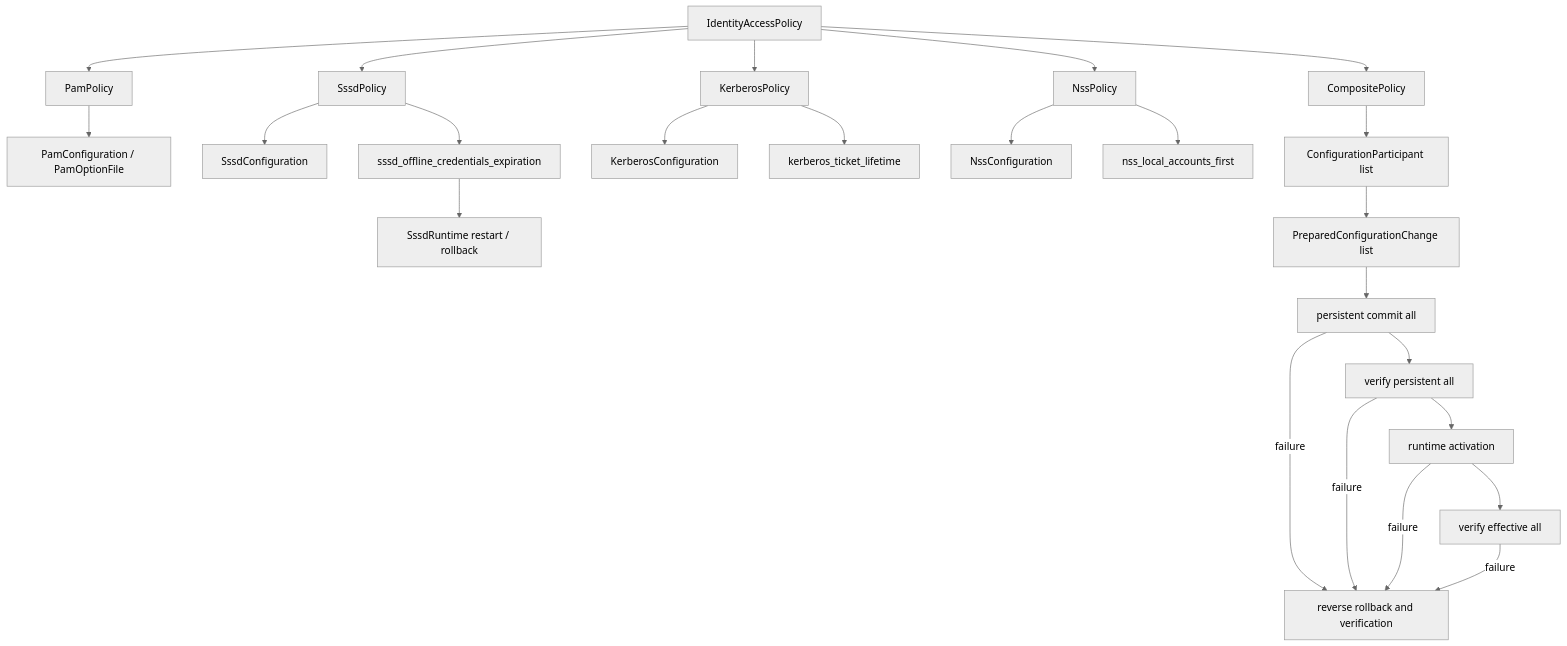
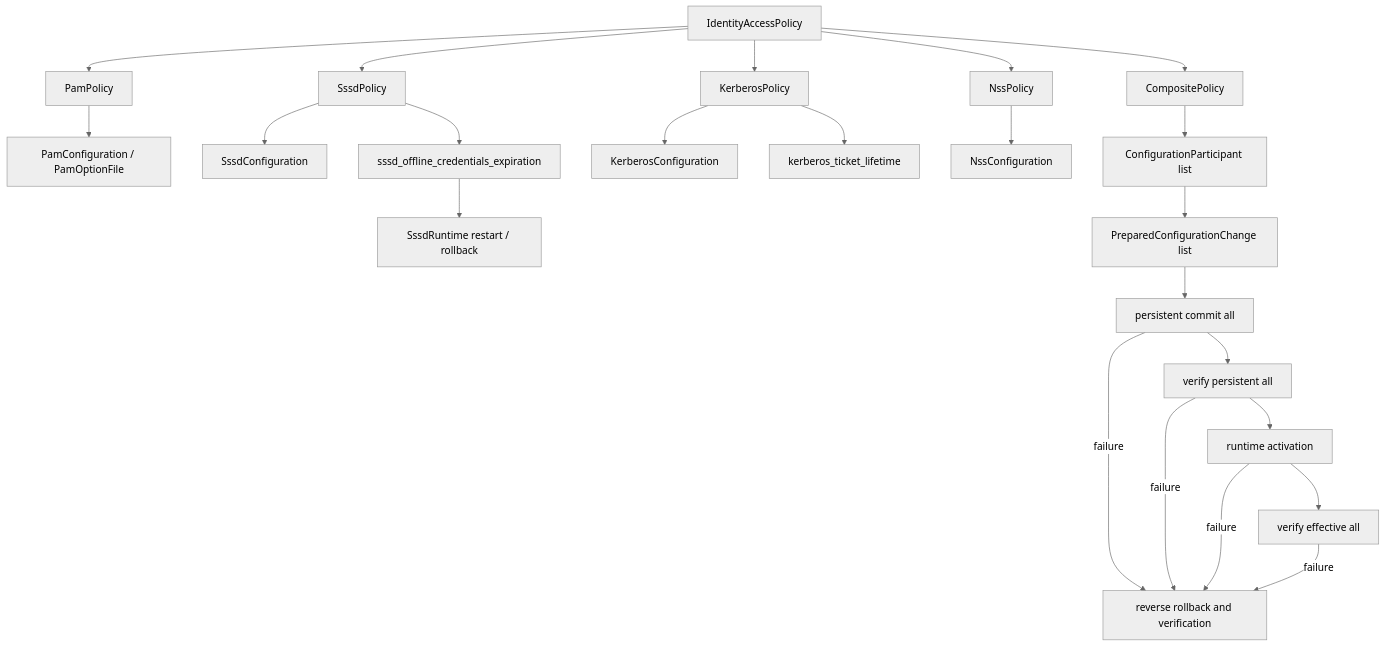
Diagram 13 of 17 in docs/architecture-diagrams.md (RevoltStar/FIC), drawn with Mermaid (neutral theme) before and after one commit. The commit also changed other lines of this file and 12 other files, not shown here.

Commit message:
Удаляем nss_local_accounts_first

````diff
--- a/docs/architecture-diagrams.md
+++ b/docs/architecture-diagrams.md
@@ -458,26 +458,25 @@
 ```mermaid
 flowchart TD
     base[IdentityAccessPolicy] --> pamBase[PamPolicy]
     base --> sssdBase[SssdPolicy]
     base --> krbBase[KerberosPolicy]
     base --> nssBase[NssPolicy]
     base --> composite[CompositePolicy]
     pamBase --> pamConfig[PamConfiguration / PamOptionFile]
     sssdBase --> sssdConfig[SssdConfiguration]
     sssdBase --> sssdOffline[sssd_offline_credentials_expiration]
     sssdOffline --> sssdRuntime[SssdRuntime restart / rollback]
     krbBase --> krbConfig[KerberosConfiguration]
     krbBase --> ticketLifetime[kerberos_ticket_lifetime]
     nssBase --> nssConfig[NssConfiguration]
-    nssBase --> localFirst[nss_local_accounts_first]
     composite --> participants[ConfigurationParticipant list]
     participants --> prepared[PreparedConfigurationChange list]
     prepared --> commit[persistent commit all]
     commit --> verifyPersistent[verify persistent all]
     verifyPersistent --> activate[runtime activation]
     activate --> verifyEffective[verify effective all]
     commit -->|failure| rollback[reverse rollback and verification]
     verifyPersistent -->|failure| rollback
     activate -->|failure| rollback
     verifyEffective -->|failure| rollback
 ```
````
